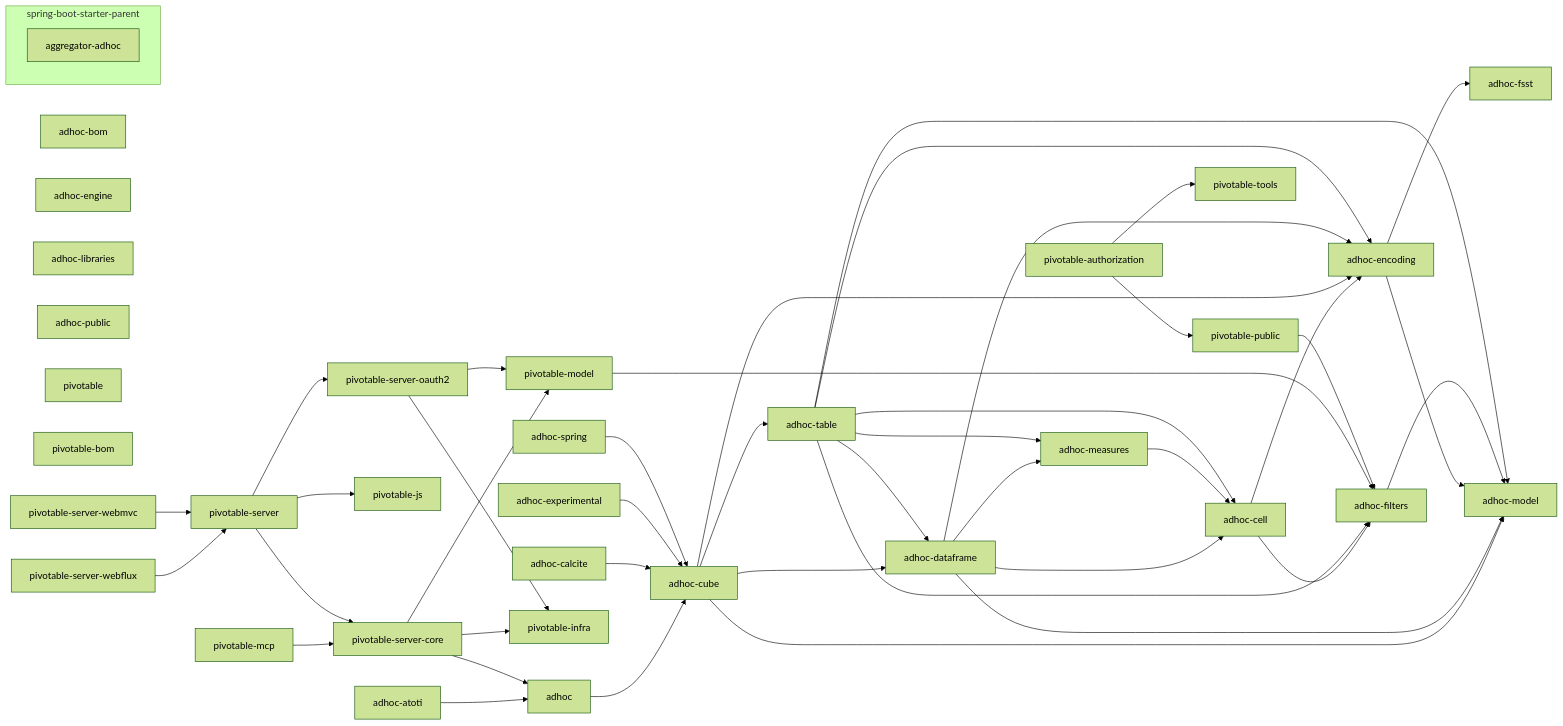
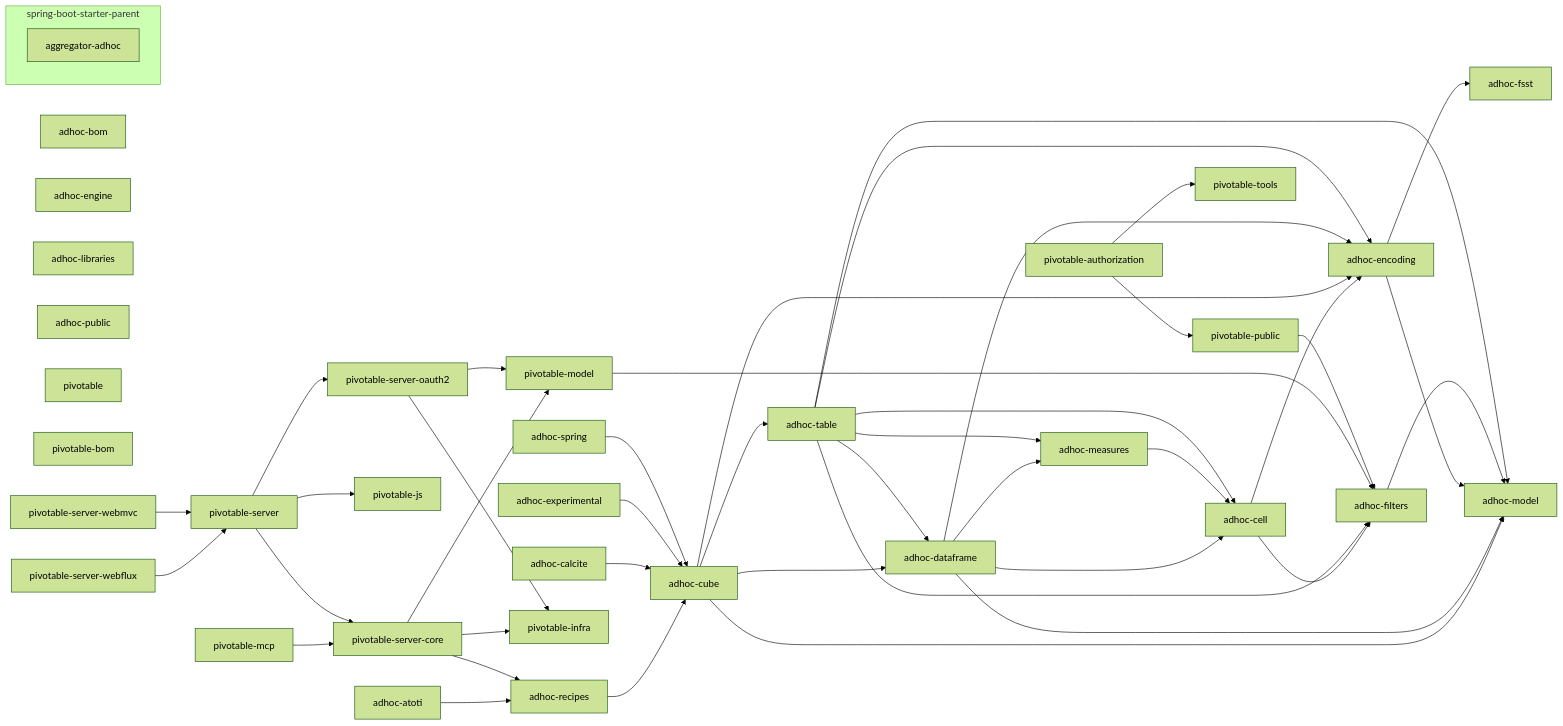
Before and after one commit to solven-eu/adhoc: the diagram in docs/DEPENDENCIES.mmd, drawn with Mermaid (forest theme). The commit also changed 51 other files, not shown here.

```diff
--- a/docs/DEPENDENCIES.mmd
+++ b/docs/DEPENDENCIES.mmd
@@ -1,78 +1,78 @@
 flowchart LR
-    adhoc["adhoc"]
+    adhoc_recipes["adhoc-recipes"]
     adhoc_atoti["adhoc-atoti"]
     adhoc_bom["adhoc-bom"]
     adhoc_calcite["adhoc-calcite"]
     adhoc_cell["adhoc-cell"]
     adhoc_cube["adhoc-cube"]
     adhoc_dataframe["adhoc-dataframe"]
     adhoc_encoding["adhoc-encoding"]
     adhoc_engine["adhoc-engine"]
     adhoc_experimental["adhoc-experimental"]
     adhoc_filters["adhoc-filters"]
     adhoc_fsst["adhoc-fsst"]
     adhoc_libraries["adhoc-libraries"]
     adhoc_measures["adhoc-measures"]
     adhoc_model["adhoc-model"]
     adhoc_public["adhoc-public"]
     adhoc_spring["adhoc-spring"]
     adhoc_table["adhoc-table"]
     pivotable["pivotable"]
     pivotable_authorization["pivotable-authorization"]
     pivotable_bom["pivotable-bom"]
     pivotable_infra["pivotable-infra"]
     pivotable_js["pivotable-js"]
     pivotable_mcp["pivotable-mcp"]
     pivotable_model["pivotable-model"]
     pivotable_public["pivotable-public"]
     pivotable_server["pivotable-server"]
     pivotable_server_core["pivotable-server-core"]
     pivotable_server_oauth2["pivotable-server-oauth2"]
     pivotable_server_webflux["pivotable-server-webflux"]
     pivotable_server_webmvc["pivotable-server-webmvc"]
     pivotable_tools["pivotable-tools"]
 
     subgraph spring-boot-starter-parent
         aggregator_adhoc["aggregator-adhoc"]
     end
 
-    adhoc --> adhoc_cube
-    adhoc_atoti --> adhoc
+    adhoc_recipes --> adhoc_cube
+    adhoc_atoti --> adhoc_recipes
     adhoc_calcite --> adhoc_cube
     adhoc_cell --> adhoc_encoding
     adhoc_cell --> adhoc_filters
     adhoc_cube --> adhoc_dataframe
     adhoc_cube --> adhoc_encoding
     adhoc_cube --> adhoc_model
     adhoc_cube --> adhoc_table
     adhoc_dataframe --> adhoc_cell
     adhoc_dataframe --> adhoc_encoding
     adhoc_dataframe --> adhoc_measures
     adhoc_dataframe --> adhoc_model
     adhoc_encoding --> adhoc_fsst
     adhoc_encoding --> adhoc_model
     adhoc_experimental --> adhoc_cube
     adhoc_filters --> adhoc_model
     adhoc_measures --> adhoc_cell
     adhoc_spring --> adhoc_cube
     adhoc_table --> adhoc_cell
     adhoc_table --> adhoc_dataframe
     adhoc_table --> adhoc_encoding
     adhoc_table --> adhoc_filters
     adhoc_table --> adhoc_measures
     adhoc_table --> adhoc_model
     pivotable_authorization --> pivotable_public
     pivotable_authorization --> pivotable_tools
     pivotable_mcp --> pivotable_server_core
     pivotable_model --> adhoc_filters
     pivotable_public --> adhoc_filters
     pivotable_server --> pivotable_js
     pivotable_server --> pivotable_server_core
     pivotable_server --> pivotable_server_oauth2
-    pivotable_server_core --> adhoc
+    pivotable_server_core --> adhoc_recipes
     pivotable_server_core --> pivotable_infra
     pivotable_server_core --> pivotable_model
     pivotable_server_oauth2 --> pivotable_infra
     pivotable_server_oauth2 --> pivotable_model
     pivotable_server_webflux --> pivotable_server
     pivotable_server_webmvc --> pivotable_server
```
